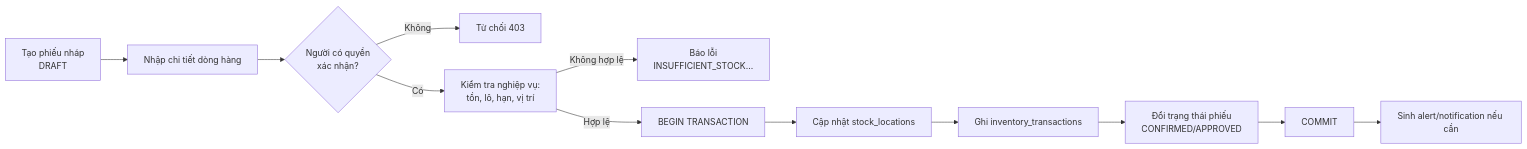
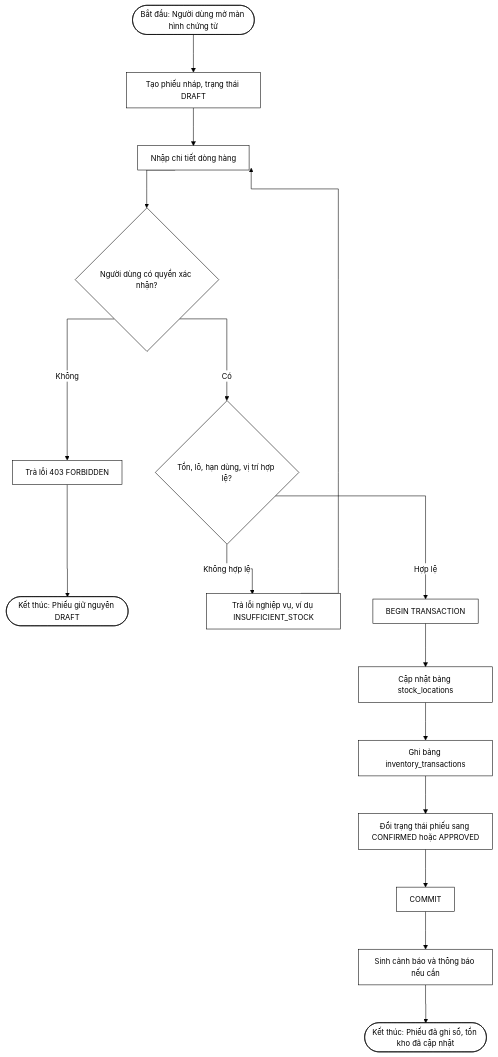
The first of 54 diagrams in THIET_KE_HE_THONG.md (nguyenthihongnhu-dotcom/luanvan2026), drawn with Mermaid before and after one commit. The commit also changed other lines of this file and 170 other files, not shown here.

````diff
--- a/THIET_KE_HE_THONG.md
+++ b/THIET_KE_HE_THONG.md
@@ -39,14 +41,41 @@
 ```mermaid
-flowchart LR
-    A[Tạo phiếu nháp<br/>DRAFT] --> B[Nhập chi tiết dòng hàng]
-    B --> C{Người có quyền<br/>xác nhận?}
-    C -- Không --> X[Từ chối 403]
-    C -- Có --> D[Kiểm tra nghiệp vụ:<br/>tồn, lô, hạn, vị trí]
-    D -- Không hợp lệ --> E[Báo lỗi<br/>INSUFFICIENT_STOCK...]
-    D -- Hợp lệ --> F[BEGIN TRANSACTION]
-    F --> G[Cập nhật stock_locations]
-    G --> H[Ghi inventory_transactions]
-    H --> I[Đổi trạng thái phiếu<br/>CONFIRMED/APPROVED]
-    I --> J[COMMIT]
-    J --> K[Sinh alert/notification nếu cần]
+%%{init: {
+  'theme': 'base',
+  'themeVariables': {
+    'primaryColor': '#ffffff',
+    'primaryBorderColor': '#000000',
+    'primaryTextColor': '#000000',
+    'secondaryColor': '#ffffff',
+    'secondaryBorderColor': '#000000',
+    'secondaryTextColor': '#000000',
+    'tertiaryColor': '#ffffff',
+    'tertiaryBorderColor': '#000000',
+    'tertiaryTextColor': '#000000',
+    'lineColor': '#000000',
+    'textColor': '#000000',
+    'mainBkg': '#ffffff',
+    'nodeBorder': '#000000',
+    'clusterBkg': '#ffffff',
+    'clusterBorder': '#000000',
+    'edgeLabelBackground': '#ffffff',
+    'fontSize': '14px'
+  },
+  'flowchart': { 'curve': 'stepAfter', 'nodeSpacing': 60, 'rankSpacing': 70, 'padding': 12, 'useMaxWidth': false }
+}}%%
+flowchart TD
+    Start(["Bắt đầu: Người dùng mở màn hình chứng từ"]) --> A["Tạo phiếu nháp, trạng thái DRAFT"]
+    A --> B["Nhập chi tiết dòng hàng"]
+    B --> C{"Người dùng có quyền xác nhận?"}
+    C -->|Không| C1["Trả lỗi 403 FORBIDDEN"]
+    C1 --> End1(["Kết thúc: Phiếu giữ nguyên DRAFT"])
+    C -->|Có| Dq{"Tồn, lô, hạn dùng, vị trí hợp lệ?"}
+    Dq -->|Không hợp lệ| D1["Trả lỗi nghiệp vụ, ví dụ INSUFFICIENT_STOCK"]
+    D1 --> B
+    Dq -->|Hợp lệ| F["BEGIN TRANSACTION"]
+    F --> G["Cập nhật bảng stock_locations"]
+    G --> H["Ghi bảng inventory_transactions"]
+    H --> I["Đổi trạng thái phiếu sang CONFIRMED hoặc APPROVED"]
+    I --> J["COMMIT"]
+    J --> K["Sinh cảnh báo và thông báo nếu cần"]
+    K --> End2(["Kết thúc: Phiếu đã ghi sổ, tồn kho đã cập nhật"])
 ```
````
